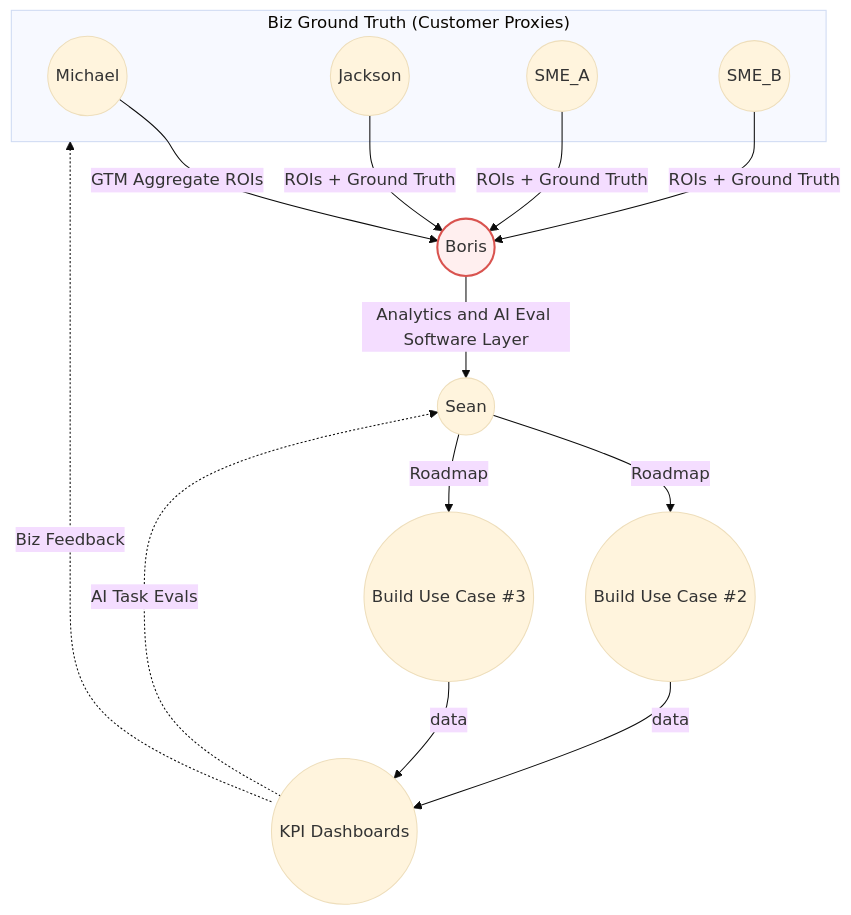
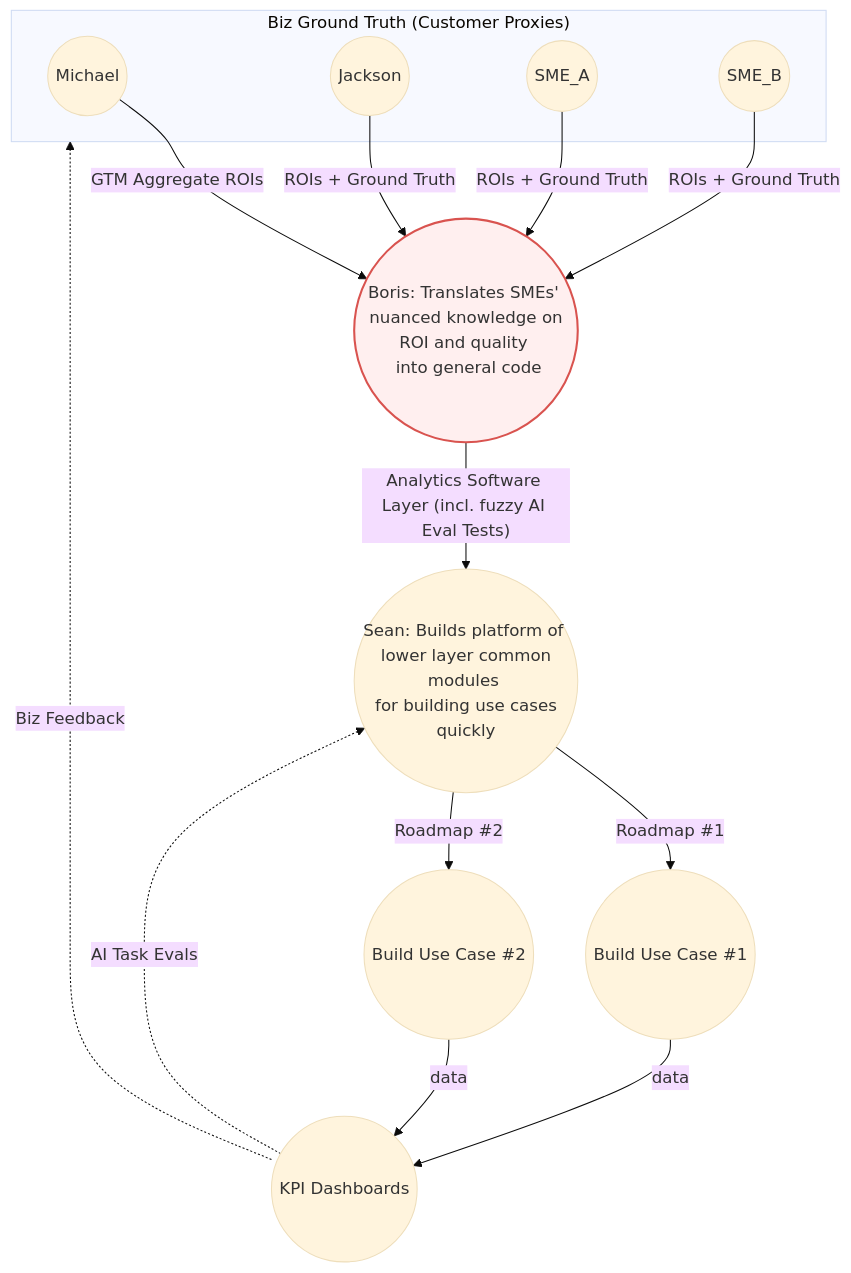
Before and after one commit to borisdev/resume: the diagram in MICHAEL.md, drawn with Mermaid (base theme). The commit also changed other lines of this file, not shown here.

````diff
--- a/MICHAEL.md
+++ b/MICHAEL.md
@@ -16,32 +16,32 @@
 ```mermaid
 flowchart TD
     subgraph DecisionMakers["Biz Ground Truth (Customer Proxies)"]
         M((Michael))
         J((Jackson))
         SME_A((SME_A))
         SME_B((SME_B))
     end
-    B(("Boris"))
-    S((Sean))
-    TeamA(("Build Use Case #2"))
-    TeamB(("Build Use Case #3"))
+    B(("Boris: Translates SMEs' <br> nuanced knowledge on ROI and quality <br> into general code"))
+    S(("Sean: Builds platform of <br> lower layer common modules <br> for building use cases quickly"))
+    TeamA(("Build Use Case #1"))
+    TeamB(("Build Use Case #2"))
     Dashboards(("KPI Dashboards"))
 
     %% Flows
     M -->|"GTM Aggregate ROIs"| B
     J -->|"ROIs + Ground Truth"| B
     SME_A -->|"ROIs + Ground Truth"| B
     SME_B -->|"ROIs + Ground Truth"| B
-    B -->|"Analytics and AI Eval Software Layer"| S
-    S -->|"Roadmap"| TeamA
-    S -->|"Roadmap"| TeamB
+    B -->|"Analytics Software Layer (incl. fuzzy AI Eval Tests)"| S
+    S -->|"Roadmap #1"| TeamA
+    S -->|"Roadmap #2"| TeamB
     TeamA -->|"data"| Dashboards
     TeamB -->|"data"| Dashboards
     Dashboards -.->|"Biz Feedback"| DecisionMakers
     Dashboards -.->|"AI Task Evals"| S
 
     %% Styling
     classDef highlight fill:#ffefef,stroke:#d9534f,stroke-width:2px;
     class B highlight;
 
 ```
````
